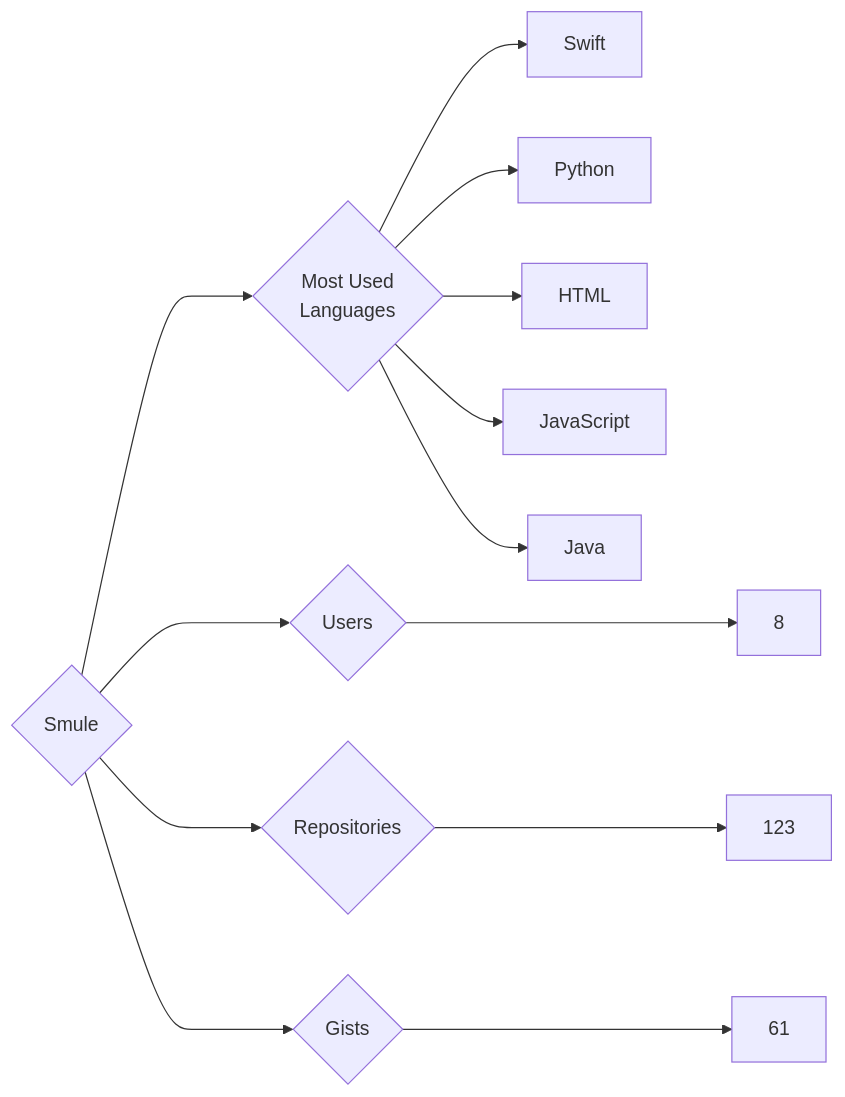
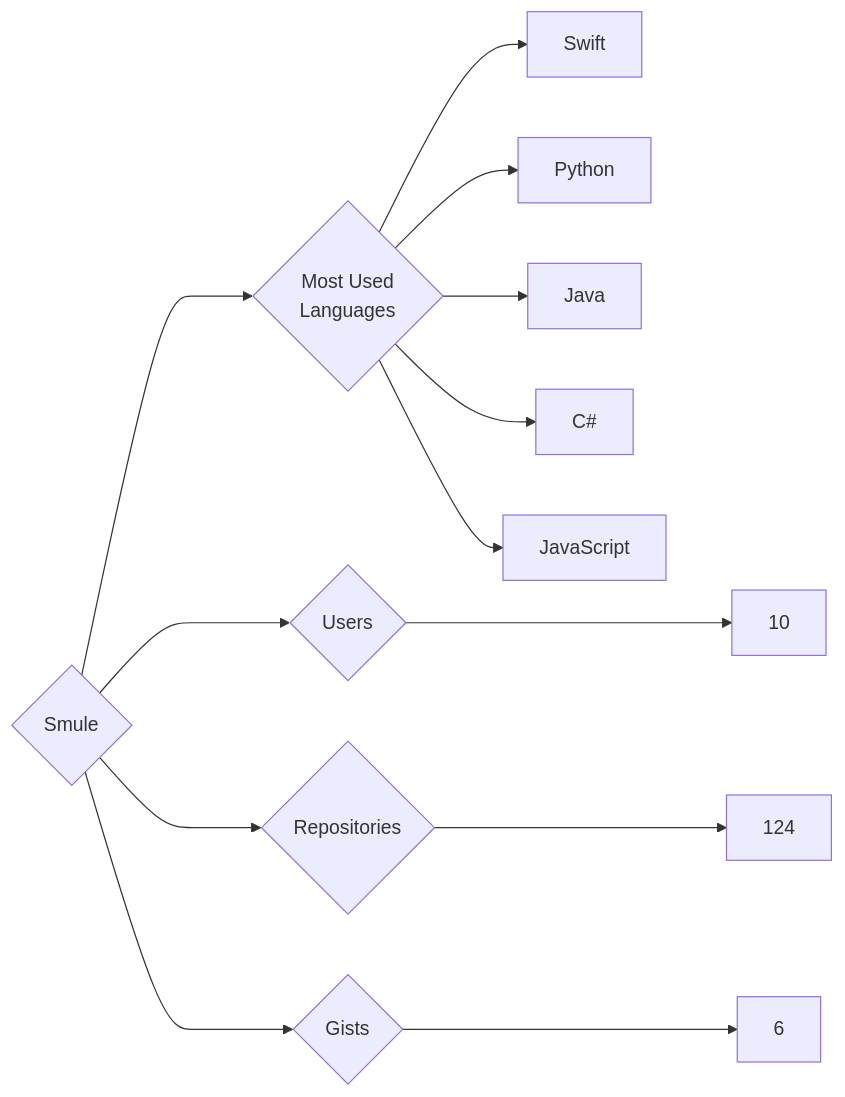
The diagram in targets/Smule/README.md (trickest/insiders), drawn with Mermaid before and after one commit. The commit also changed 912 other files, not shown here.

````diff
--- a/targets/Smule/README.md
+++ b/targets/Smule/README.md
@@ -3,13 +3,13 @@
 ```mermaid
 graph LR
 COMPANY_NAME{Smule}
-COMPANY_NAME ---> U{Users} ---> UN[8]
-COMPANY_NAME ---> R{Repositories} ---> RN[123]
-COMPANY_NAME ---> G{Gists} ---> GN[61]
+COMPANY_NAME ---> U{Users} ---> UN[10]
+COMPANY_NAME ---> R{Repositories} ---> RN[124]
+COMPANY_NAME ---> G{Gists} ---> GN[6]
 COMPANY_NAME ---> ML{Most Used<br>Languages}
 ML --> Swift[Swift]
 ML --> Python[Python]
-ML --> HTML[HTML]
+ML --> Java[Java]
+ML --> C#[C#]
 ML --> JavaScript[JavaScript]
-ML --> Java[Java]
 ```
````
